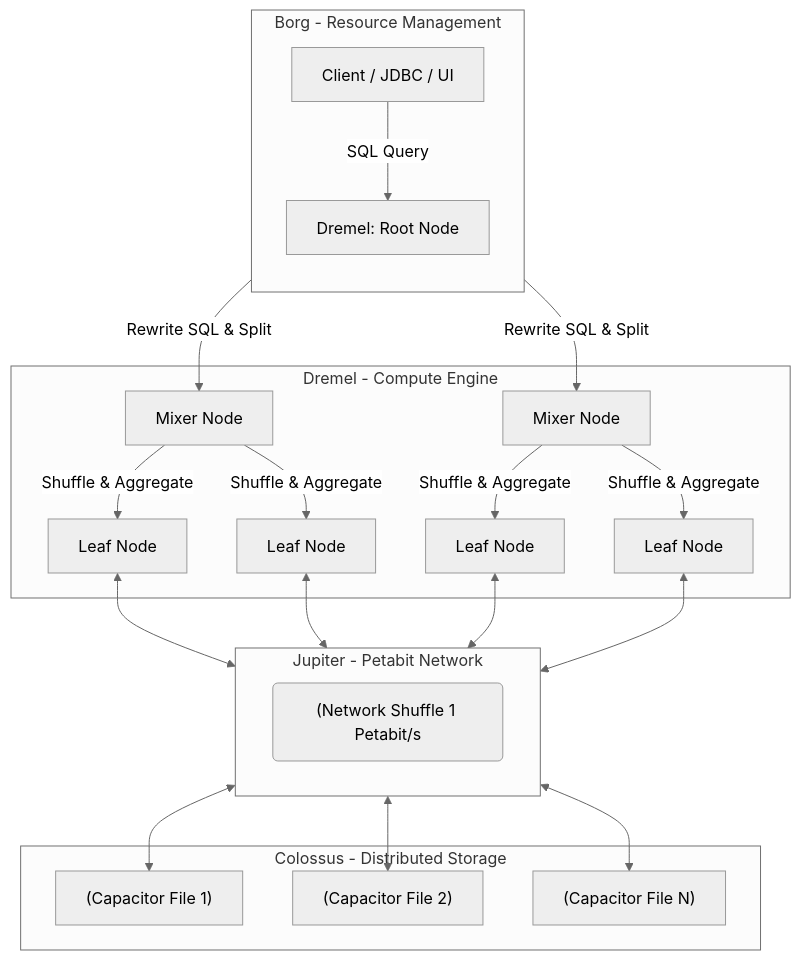
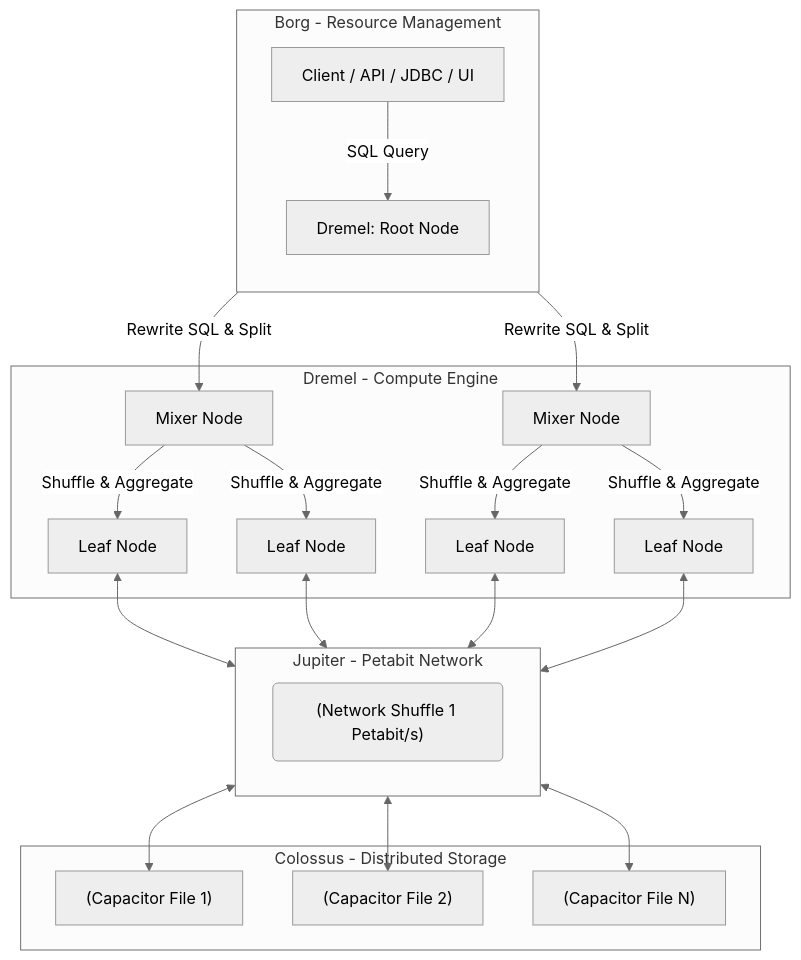
The diagram in src/content/docs/concepts/3-storage-engines-formats/google-bigquery.md (kythuatdulieu/kythuatdulieu.github.io), drawn with Mermaid (neutral theme) before and after one commit. The commit also changed other lines of this file and 228 other files, not shown here.

Commit message:
Fix syntax and rewrite 200+ concepts docs to deep-dive system architecture and add GA4 tracking to quiz app

````diff
--- a/src/content/docs/concepts/3-storage-engines-formats/google-bigquery.md
+++ b/src/content/docs/concepts/3-storage-engines-formats/google-bigquery.md
@@ -20,30 +22,30 @@
 ```mermaid
 graph TD
     subgraph Borg["Borg - Resource Management"]
         direction TB
-        Client["Client / JDBC / UI"] -->|SQL Query| Root["Dremel: Root Node"]
+        Client["Client / API / JDBC / UI"] -->|SQL Query| Root["Dremel: Root Node"]
     end
 
     subgraph Dremel["Dremel - Compute Engine"]
         Root -->|Rewrite SQL & Split| Mixer1["Mixer Node"]
         Root -->|Rewrite SQL & Split| Mixer2["Mixer Node"]
         
         Mixer1 -->|Shuffle & Aggregate| Leaf1["Leaf Node"]
         Mixer1 -->|Shuffle & Aggregate| Leaf2["Leaf Node"]
         Mixer2 -->|Shuffle & Aggregate| Leaf3["Leaf Node"]
         Mixer2 -->|Shuffle & Aggregate| Leaf4["Leaf Node"]
     end
 
     subgraph Jupiter["Jupiter - Petabit Network"]
         direction LR
-        Net("(Network Shuffle 1 Petabit/s")
+        Net("(Network Shuffle 1 Petabit/s)")
     end
     
     Leaf1 & Leaf2 & Leaf3 & Leaf4 <--> Net
 
     subgraph Colossus["Colossus - Distributed Storage"]
         Net <--> Storage1["(Capacitor File 1)"]
         Net <--> Storage2["(Capacitor File 2)"]
         Net <--> Storage3["(Capacitor File N)"]
     end
 ```
````
